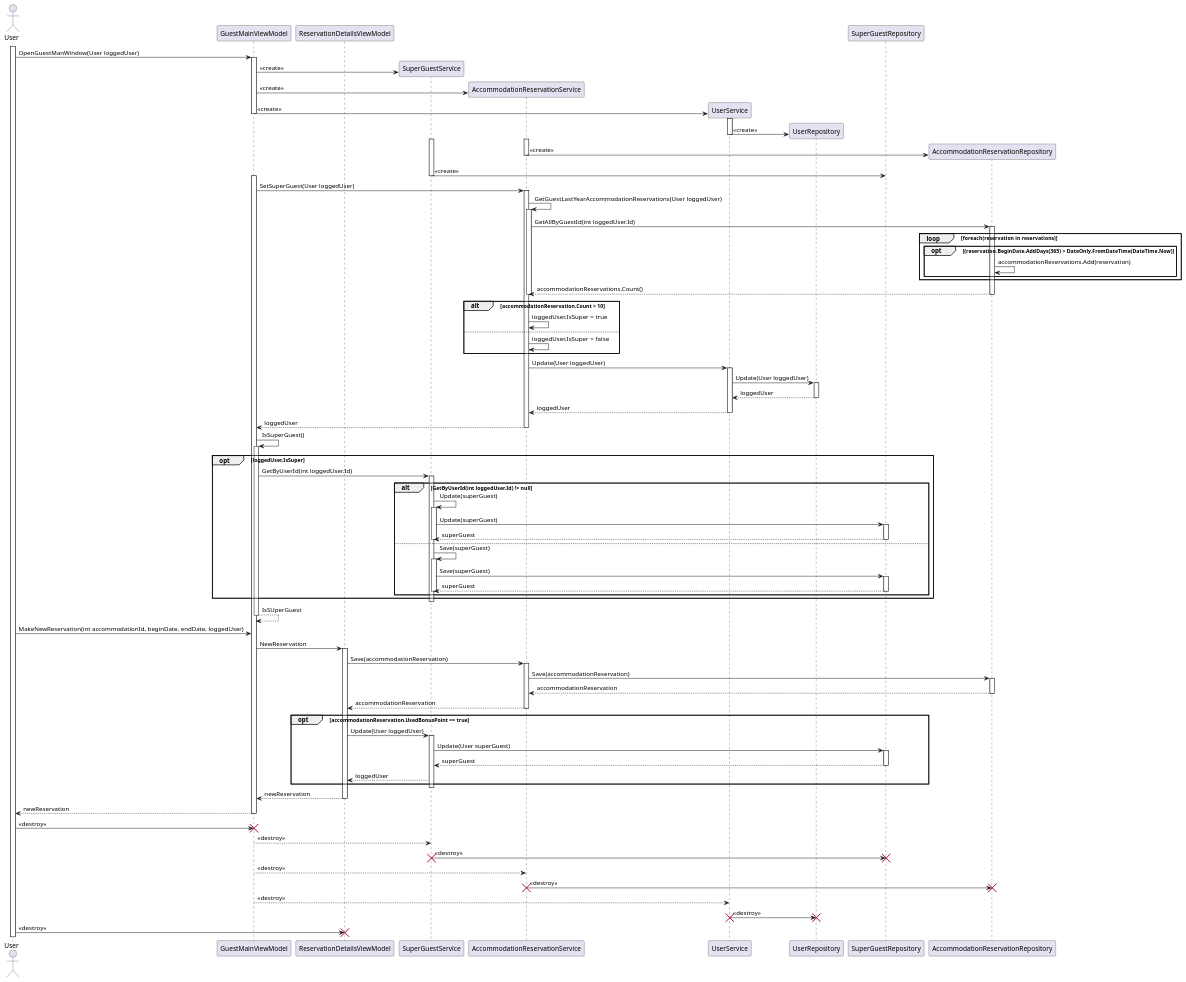
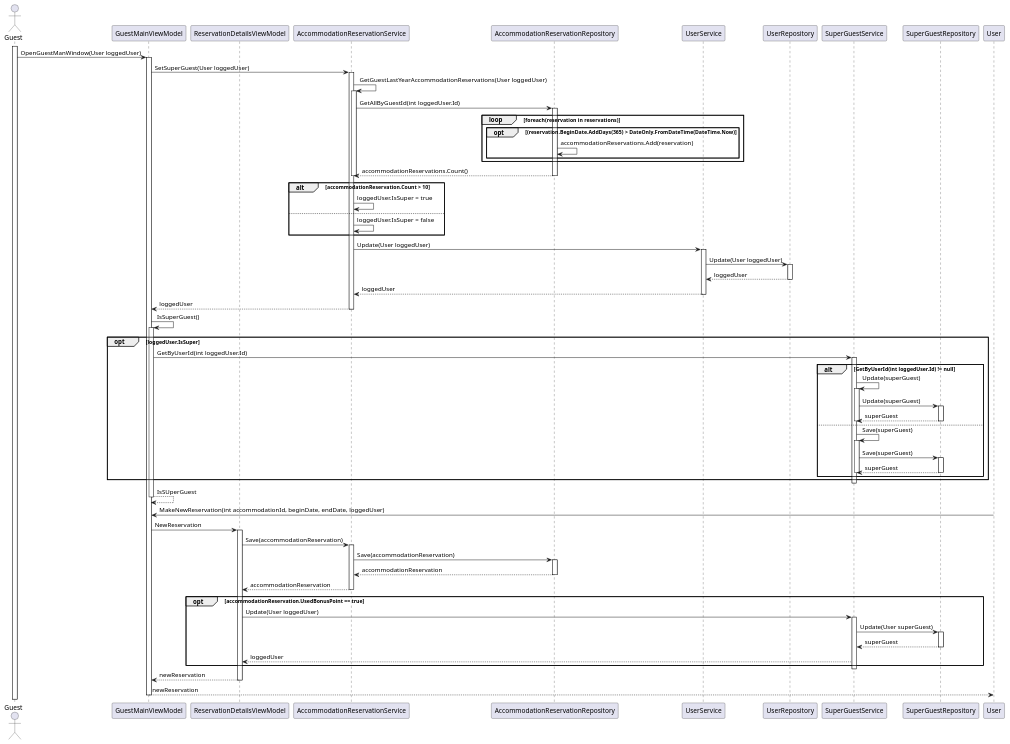
One commit to kzi-nastava/sims-ra-2024-group-3-team-a changed the diagram in Diagrams/Sequence Diagrams/GuestSequenceDiagram.plantuml. Above: the diagram before and after it, drawn with PlantUML. The commit also changed 13 other files, not shown here.

Commit message:
All diagrams fixed

```diff
--- a/Diagrams/Sequence Diagrams/GuestSequenceDiagram.plantuml
+++ b/Diagrams/Sequence Diagrams/GuestSequenceDiagram.plantuml
@@ -1,135 +1,97 @@
 @startuml GuestSequenceDiagram
-actor User
+actor Guest
 participant GuestMainViewModel
 participant ReservationDetailsViewModel
-activate User
+activate Guest
 
 
-User -> GuestMainViewModel: OpenGuestManWindow(User loggedUser)
-activate GuestMainViewModel
-create SuperGuestService
-
-GuestMainViewModel -> SuperGuestService : <<create>>
-create AccommodationReservationService
-GuestMainViewModel -> AccommodationReservationService : <<create>>
-create UserService
-GuestMainViewModel -> UserService : <<create>>
-deactivate GuestMainViewModel
-activate UserService
-create UserRepository
-UserService -> UserRepository : <<create>>
-deactivate UserService
-activate SuperGuestService
-create SuperGuestRepository
-activate AccommodationReservationService
-create AccommodationReservationRepository
-AccommodationReservationService -> AccommodationReservationRepository: <<create>>
-deactivate AccommodationReservationService
-SuperGuestService -> SuperGuestRepository: <<create>>
-deactivate SuperGuestService
+Guest -> GuestMainViewModel: OpenGuestManWindow(User loggedUser)
 
 activate GuestMainViewModel
 GuestMainViewModel -> AccommodationReservationService: SetSuperGuest(User loggedUser)
 activate AccommodationReservationService
 AccommodationReservationService -> AccommodationReservationService : GetGuestLastYearAccommodationReservations(User loggedUser)
 activate AccommodationReservationService
 AccommodationReservationService -> AccommodationReservationRepository: GetAllByGuestId(int loggedUser.Id)
 
 activate AccommodationReservationRepository
 loop foreach(reservation in reservations)
 opt (reservation.BeginDate.AddDays(365) > DateOnly.FromDateTime(DateTime.Now)
 AccommodationReservationRepository -> AccommodationReservationRepository: accommodationReservations.Add(reservation)
 end
 end
 AccommodationReservationRepository --> AccommodationReservationService : accommodationReservations.Count()
 deactivate AccommodationReservationRepository
 deactivate AccommodationReservationService
 alt accommodationReservation.Count > 10
 AccommodationReservationService -> AccommodationReservationService: loggedUser.IsSuper = true
 else
 AccommodationReservationService -> AccommodationReservationService: loggedUser.IsSuper = false
 end
 AccommodationReservationService -> UserService: Update(User loggedUser)
 activate UserService
 UserService -> UserRepository : Update(User loggedUser)
 activate UserRepository
 UserRepository --> UserService : loggedUser
 deactivate UserRepository
 UserService --> AccommodationReservationService : loggedUser
 deactivate UserService
 AccommodationReservationService --> GuestMainViewModel : loggedUser
 deactivate AccommodationReservationService
 
 GuestMainViewModel -> GuestMainViewModel : IsSuperGuest()
 activate GuestMainViewModel
 opt loggedUser.IsSuper 
 GuestMainViewModel -> SuperGuestService : GetByUserId(int loggedUser.Id)
 activate SuperGuestService
 alt GetByUserId(int loggedUser.Id) != null
 SuperGuestService -> SuperGuestService: Update(superGuest)
 activate SuperGuestService
 SuperGuestService -> SuperGuestRepository: Update(superGuest)
 activate SuperGuestRepository
 SuperGuestRepository --> SuperGuestService: superGuest
 deactivate SuperGuestRepository
 deactivate SuperGuestService
 else
 SuperGuestService -> SuperGuestService: Save(superGuest)
 activate SuperGuestService
 SuperGuestService -> SuperGuestRepository: Save(superGuest)
 activate SuperGuestRepository
 SuperGuestRepository --> SuperGuestService: superGuest
 deactivate SuperGuestRepository
 deactivate SuperGuestService
 end
 end
 deactivate SuperGuestService
 return IsSUperGuest
 
 
 User -> GuestMainViewModel :MakeNewReservation(int accommodationId, beginDate, endDate, loggedUser)
 GuestMainViewModel -> ReservationDetailsViewModel : NewReservation
 activate ReservationDetailsViewModel
 ReservationDetailsViewModel -> AccommodationReservationService: Save(accommodationReservation)
 activate AccommodationReservationService
 AccommodationReservationService -> AccommodationReservationRepository: Save(accommodationReservation)
 activate AccommodationReservationRepository
 AccommodationReservationRepository --> AccommodationReservationService: accommodationReservation
 deactivate AccommodationReservationRepository
 AccommodationReservationService --> ReservationDetailsViewModel: accommodationReservation
 deactivate AccommodationReservationService
 
 opt accommodationReservation.UsedBonusPoint == true
 ReservationDetailsViewModel -> SuperGuestService: Update(User loggedUser)
 activate SuperGuestService
 SuperGuestService -> SuperGuestRepository: Update(User superGuest)
 activate SuperGuestRepository
 SuperGuestRepository --> SuperGuestService: superGuest
 deactivate SuperGuestRepository
 SuperGuestService --> ReservationDetailsViewModel : loggedUser
 end
 
 deactivate SuperGuestService
 ReservationDetailsViewModel --> GuestMainViewModel : newReservation
 deactivate ReservationDetailsViewModel
 GuestMainViewModel --> User : newReservation
 deactivate GuestMainViewModel
-User -> GuestMainViewModel : <<destroy>>
-destroy GuestMainViewModel
-GuestMainViewModel --> SuperGuestService : <<destroy>>
-SuperGuestService -> SuperGuestRepository: <<destroy>>
-destroy SuperGuestService
-destroy SuperGuestRepository
-
-GuestMainViewModel --> AccommodationReservationService : <<destroy>>
-AccommodationReservationService -> AccommodationReservationRepository: <<destroy>>
-destroy AccommodationReservationRepository
-destroy AccommodationReservationService
-GuestMainViewModel --> UserService : <<destroy>>
-UserService -> UserRepository: <<destroy>>
-destroy UserRepository
-destroy UserService
-User -> ReservationDetailsViewModel : <<destroy>>
-destroy ReservationDetailsViewModel
 
 @enduml
```
